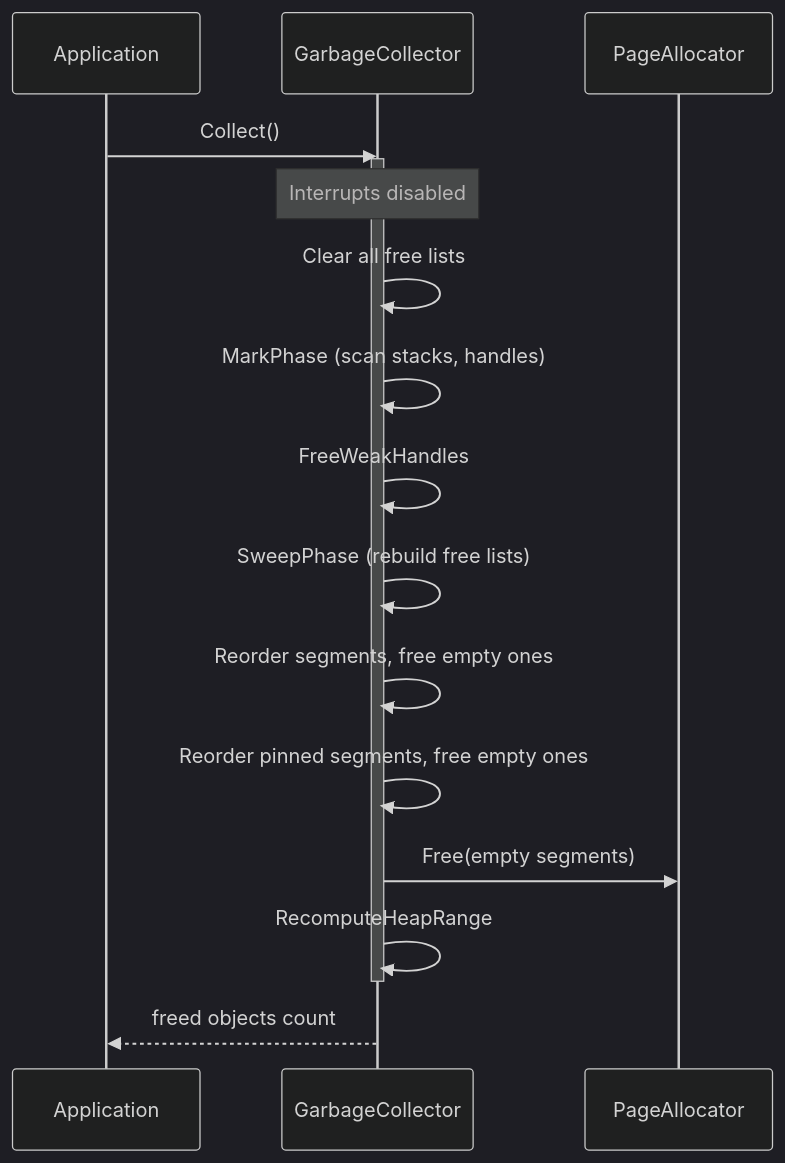
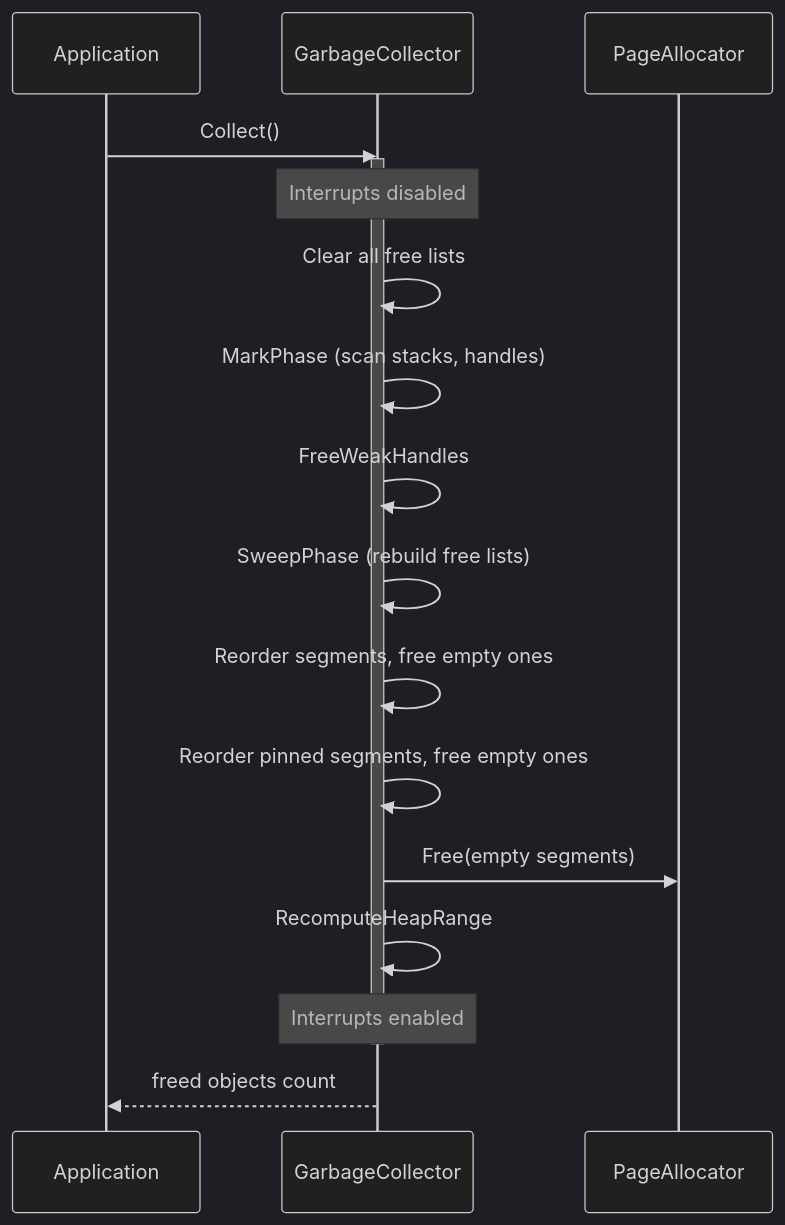
Before and after one commit to valentinbreiz/nativeaot-patcher: the second of 3 diagrams in docs/articles/garbage-collector.md, drawn with Mermaid (dark theme).

Commit message:
📝 Update gc doc

````diff
--- a/docs/articles/garbage-collector.md
+++ b/docs/articles/garbage-collector.md
@@ -248,20 +248,21 @@
 ```mermaid
 sequenceDiagram
     participant App as Application
     participant GC as GarbageCollector
     participant PA as PageAllocator
 
     App->>GC: Collect()
     activate GC
     Note over GC: Interrupts disabled
     GC->>GC: Clear all free lists
     GC->>GC: MarkPhase (scan stacks, handles)
     GC->>GC: FreeWeakHandles
     GC->>GC: SweepPhase (rebuild free lists)
     GC->>GC: Reorder segments, free empty ones 
     GC->>GC: Reorder pinned segments, free empty ones 
     GC->>PA: Free(empty segments)
     GC->>GC: RecomputeHeapRange
+    Note over GC: Interrupts enabled
     deactivate GC
     GC-->>App: freed objects count
 ```
````
